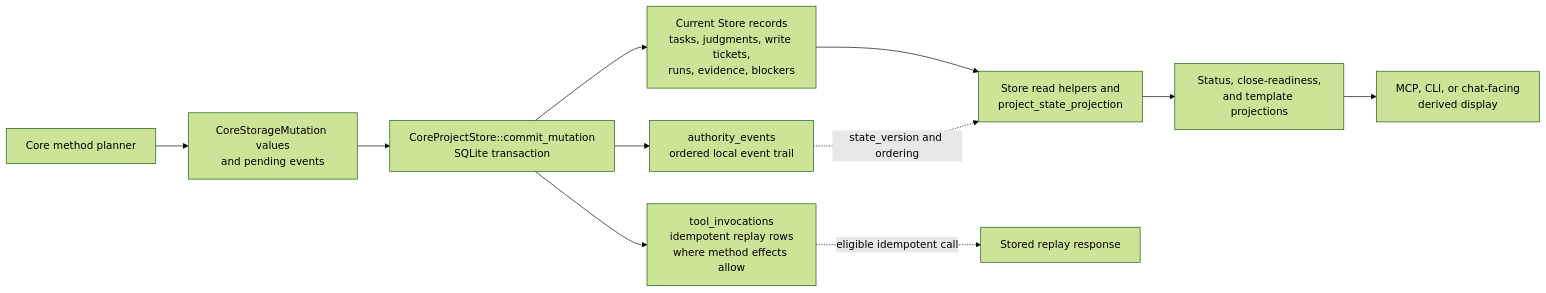
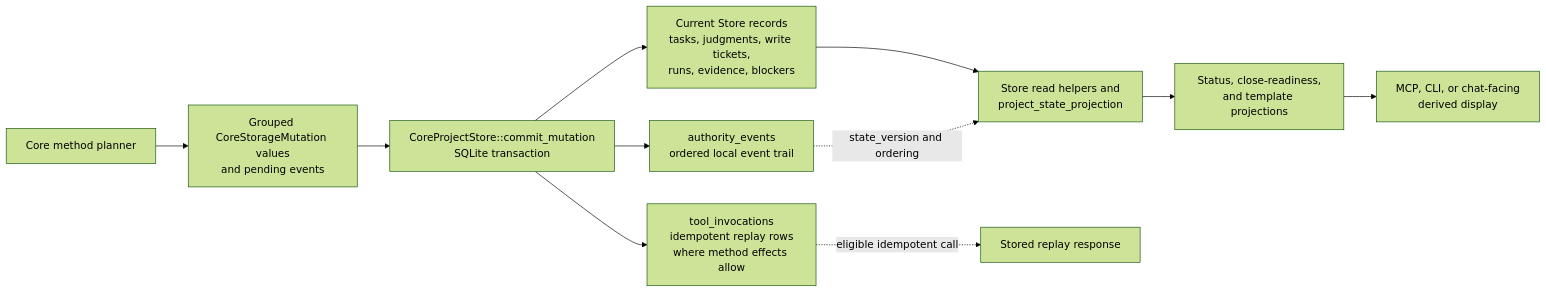
Before and after one commit to minjungw00/Volicord: the diagram in docs/en/architecture-guide/storage-and-transactions.md, drawn with Mermaid (forest theme). The commit also changed other lines of this file and 39 other files, not shown here.

````diff
--- a/docs/en/architecture-guide/storage-and-transactions.md
+++ b/docs/en/architecture-guide/storage-and-transactions.md
@@ -82,21 +85,21 @@
 ```mermaid
 flowchart LR
   planner["Core method planner"]
-  mutations["CoreStorageMutation values<br/>and pending events"]
+  mutations["Grouped CoreStorageMutation values<br/>and pending events"]
   commit["CoreProjectStore::commit_mutation<br/>SQLite transaction"]
   current["Current Store records<br/>tasks, judgments, write tickets,<br/>runs, evidence, blockers"]
   events["authority_events<br/>ordered local event trail"]
   replay["tool_invocations<br/>idempotent replay rows<br/>where method effects allow"]
   reads["Store read helpers and<br/>project_state_projection"]
   projection["Status, close-readiness,<br/>and template projections"]
   display["MCP, CLI, or chat-facing<br/>derived display"]
   stored["Stored replay response"]
 
   planner --> mutations --> commit
   commit --> current
   commit --> events
   commit --> replay
   current --> reads --> projection --> display
   events -. state_version and ordering .-> reads
   replay -. eligible idempotent call .-> stored
 ```
````
